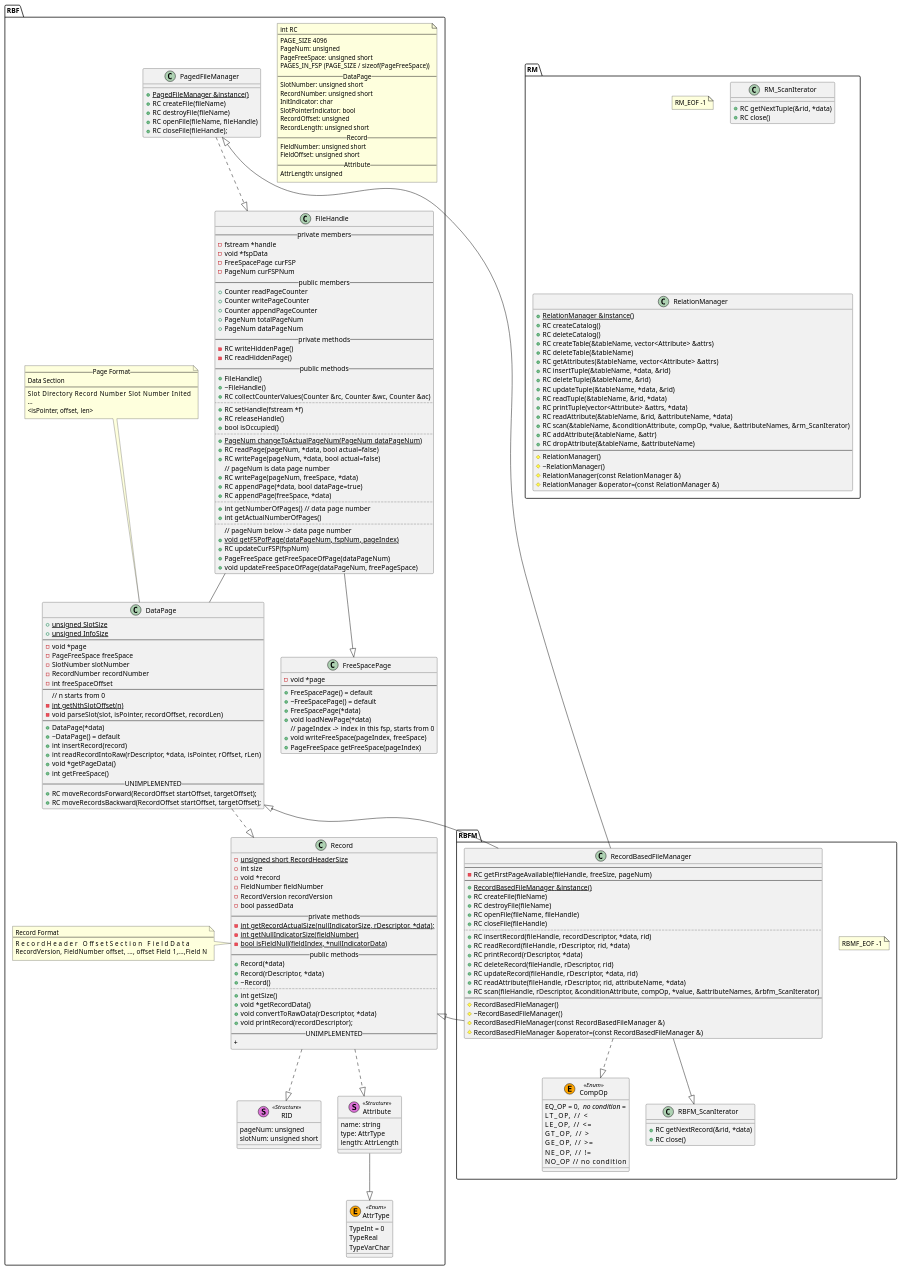
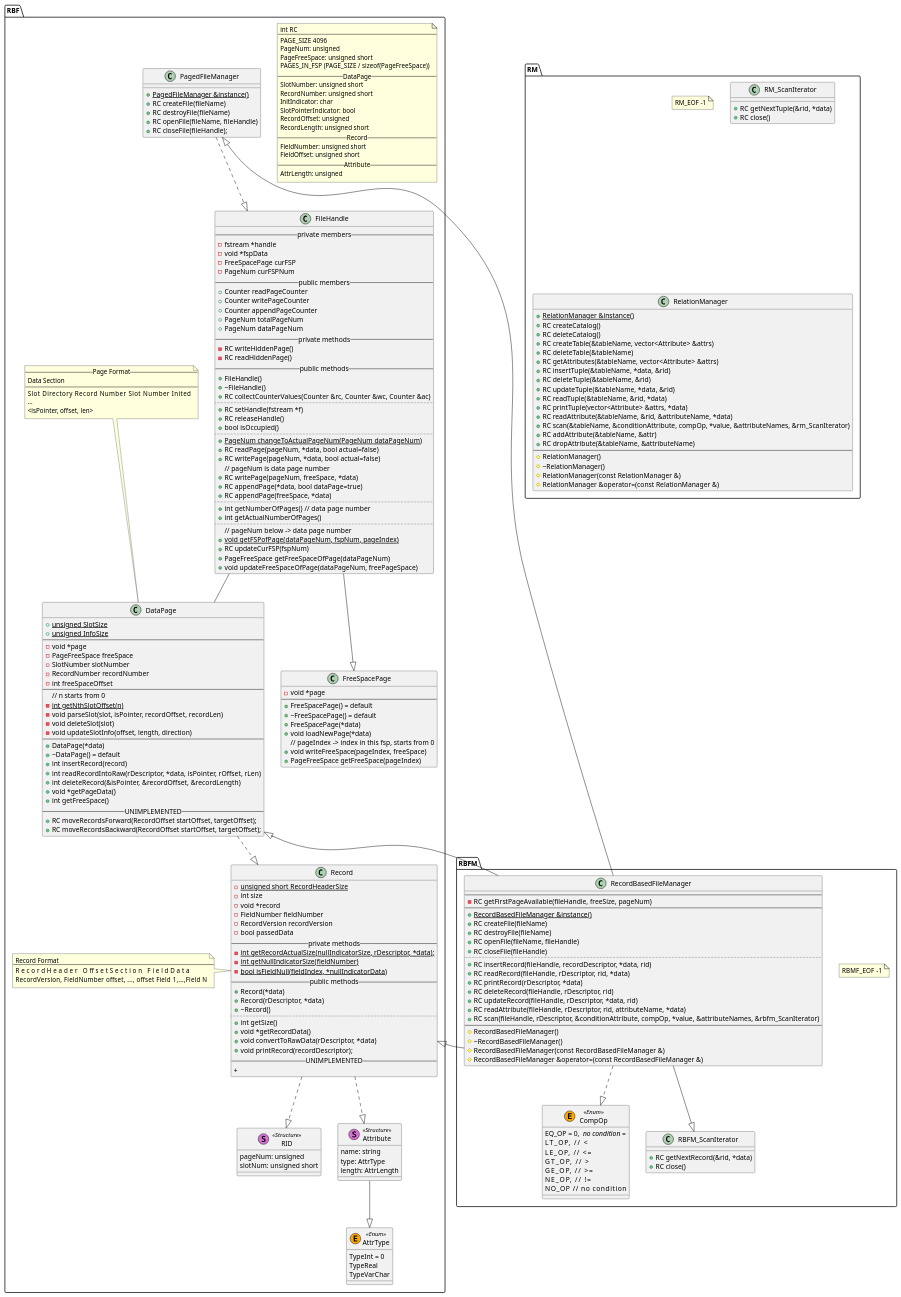
One commit to gyh1621/SimpleDatabase changed the diagram in docs/classes.puml. Above: the diagram before and after it, drawn with PlantUML. The commit also changed 3 other files, not shown here.

```diff
--- a/docs/classes.puml
+++ b/docs/classes.puml
@@ -100,11 +100,14 @@
         // n starts from 0
         -{static} int getNthSlotOffset(n)
         -void parseSlot(slot, isPointer, recordOffset, recordLen)
+        -void deleteSlot(slot)
+        -void updateSlotInfo(offset, length, direction)
         --
         +DataPage(*data)
         +~DataPage() = default
         +int insertRecord(record)
         +int readRecordIntoRaw(rDescriptor, *data, isPointer, rOffset, rLen)
+        +int deleteRecord(&isPointer, &recordOffset, &recordLength)
         +void *getPageData()
         +int getFreeSpace()
         -- UNIMPLEMENTED --
```
